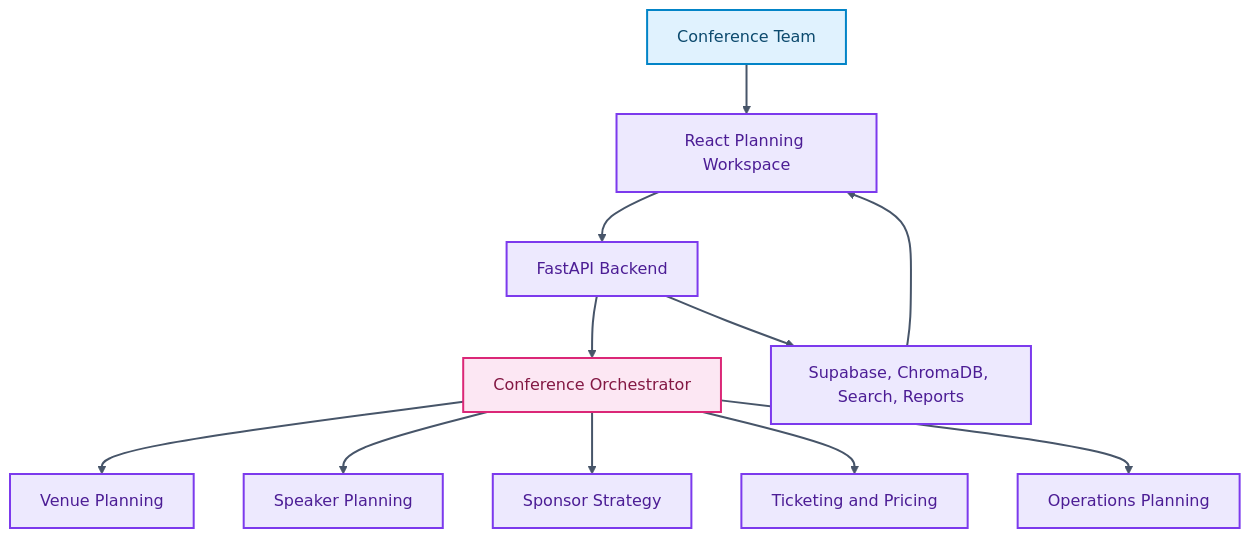
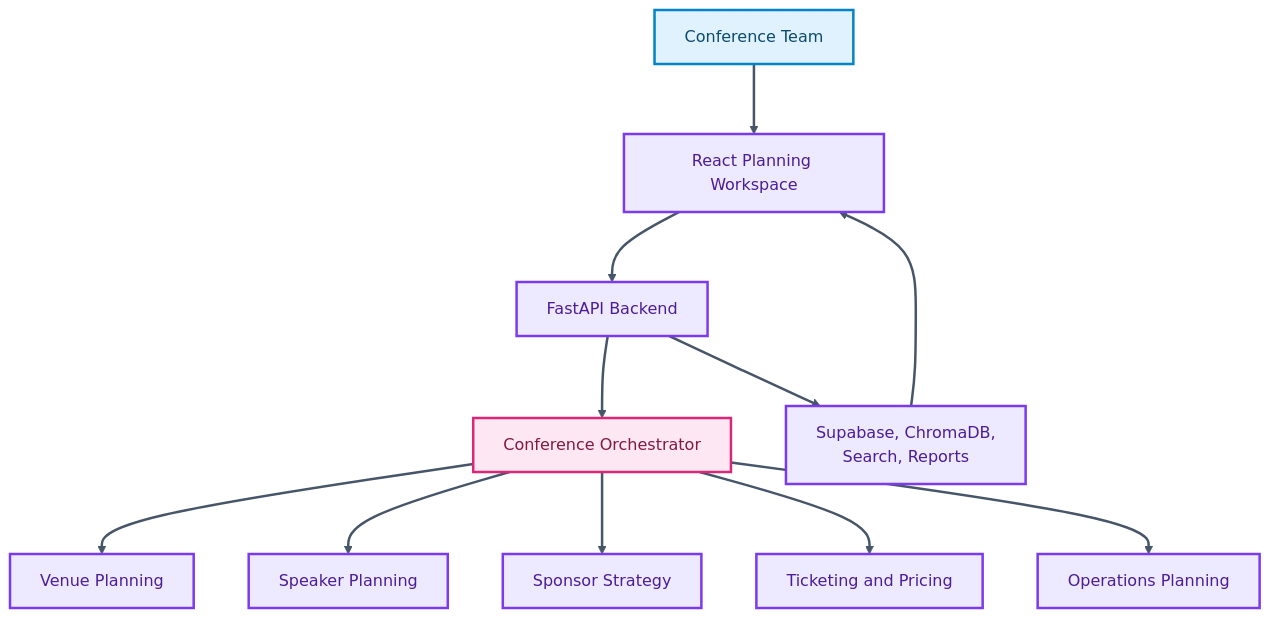
Before and after one commit to skx56/Confera: the diagram in README.md, drawn with Mermaid.

Commit message:
Make README architecture diagram vertical

````diff
--- a/README.md
+++ b/README.md
@@ -32,23 +32,24 @@
 ```mermaid
+%%{init: {"flowchart": {"nodeSpacing": 55, "rankSpacing": 70, "curve": "basis"}, "themeVariables": {"fontSize": "16px", "fontFamily": "Inter, ui-sans-serif, system-ui, -apple-system, BlinkMacSystemFont, Segoe UI, sans-serif"}}}%%
 flowchart TD
   Planner["Conference Team"] --> UI["React Planning Workspace"]
   UI --> API["FastAPI Backend"]
   API --> Orchestrator["Conference Orchestrator"]
   Orchestrator --> Venue["Venue Planning"]
   Orchestrator --> Speakers["Speaker Planning"]
   Orchestrator --> Sponsors["Sponsor Strategy"]
   Orchestrator --> Ticketing["Ticketing and Pricing"]
   Orchestrator --> Ops["Operations Planning"]
-  API --> Services["Supabase, ChromaDB, Search, Reports"]
+  API --> Services["Supabase, ChromaDB,<br/>Search, Reports"]
   Services --> UI
 
-  classDef inputs fill:#E0F2FE,stroke:#0284C7,color:#0C4A6E,stroke-width:2px;
-  classDef process fill:#EDE9FE,stroke:#7C3AED,color:#4C1D95,stroke-width:2px;
-  classDef data fill:#CCFBF1,stroke:#0D9488,color:#134E4A,stroke-width:2px;
-  classDef agent fill:#FCE7F3,stroke:#DB2777,color:#831843,stroke-width:2px;
-  classDef output fill:#FEF9C3,stroke:#CA8A04,color:#713F12,stroke-width:2px;
+  classDef inputs fill:#E0F2FE,stroke:#0284C7,color:#0C4A6E,stroke-width:2.5px;
+  classDef process fill:#EDE9FE,stroke:#7C3AED,color:#4C1D95,stroke-width:2.5px;
+  classDef data fill:#CCFBF1,stroke:#0D9488,color:#134E4A,stroke-width:2.5px;
+  classDef agent fill:#FCE7F3,stroke:#DB2777,color:#831843,stroke-width:2.5px;
+  classDef output fill:#FEF9C3,stroke:#CA8A04,color:#713F12,stroke-width:2.5px;
   class Planner inputs;
   class UI,API,Venue,Speakers,Sponsors,Ticketing,Ops,Services process;
   class Orchestrator agent;
-  linkStyle default stroke:#475569,stroke-width:2px;
+  linkStyle default stroke:#475569,stroke-width:2.5px;
 ```
````
